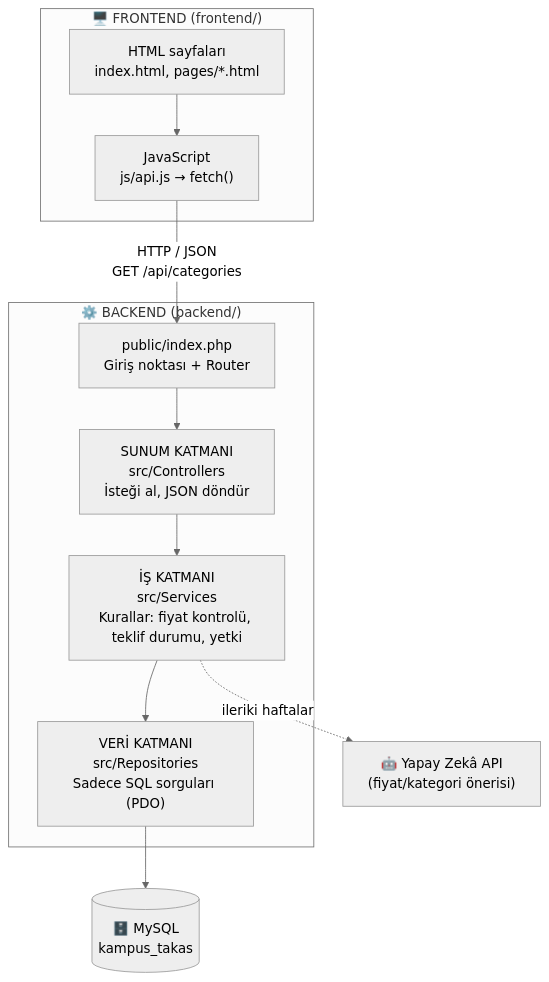
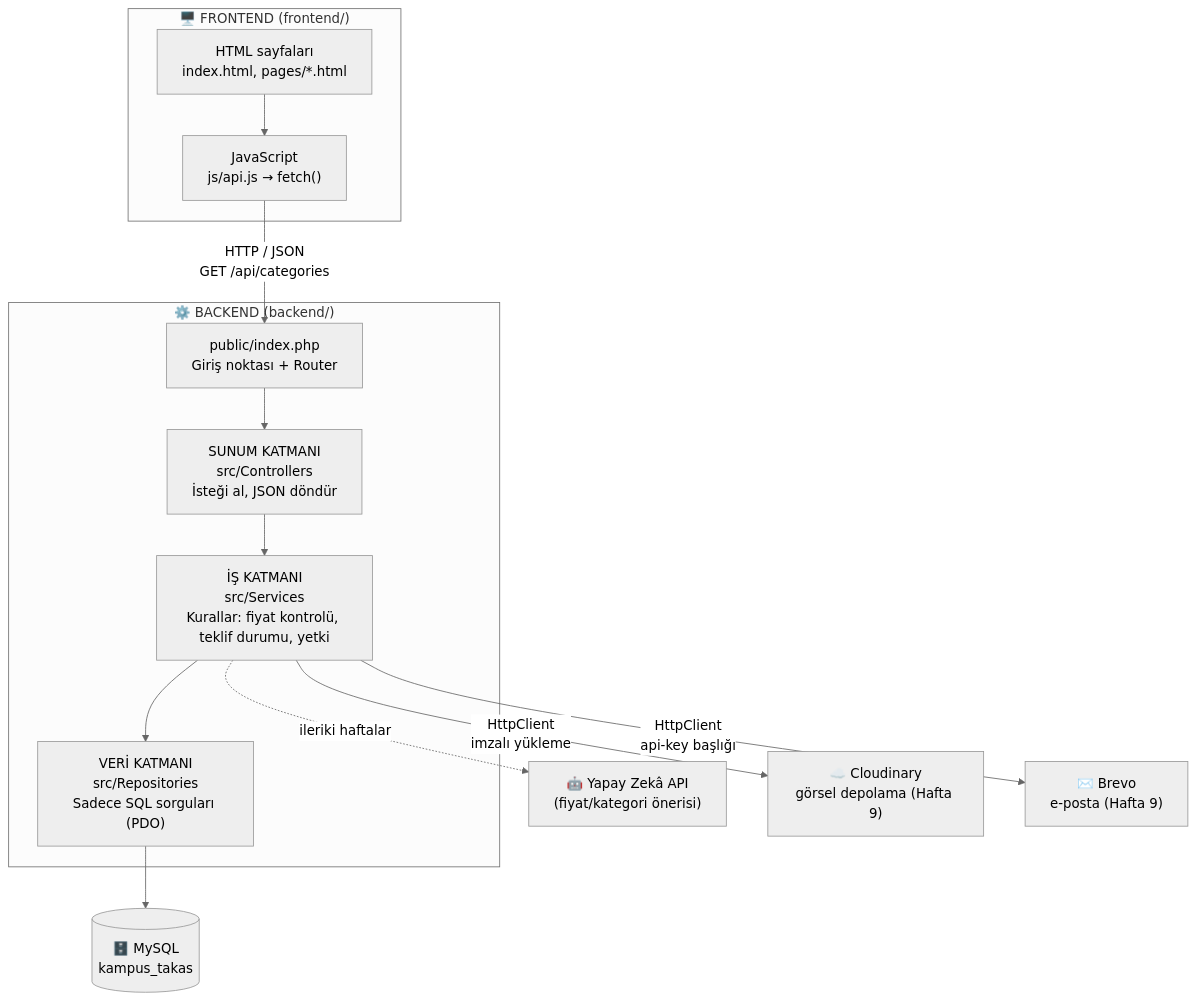
One commit to pelinkabadayi-21/kampus-takas-web- changed the diagram in docs/mimari.md. Above: the diagram before and after it, drawn with Mermaid (neutral theme). The commit also changed other lines of this file and 6 other files, not shown here.

First line of the commit message:
Hafta 9 [docs]: hafta 9 raporu, README, güvenlik notu, mimari/ER ve haftalık rapor/AI günlüğü

````diff
--- a/docs/mimari.md
+++ b/docs/mimari.md
@@ -5,23 +5,27 @@
 ```mermaid
 flowchart TB
     subgraph FE["🖥️ FRONTEND  (frontend/)"]
         HTML["HTML sayfaları<br/>index.html, pages/*.html"]
         JS["JavaScript<br/>js/api.js → fetch()"]
         HTML --> JS
     end
 
     subgraph BE["⚙️ BACKEND  (backend/)"]
         IDX["public/index.php<br/>Giriş noktası + Router"]
         C["SUNUM KATMANI<br/>src/Controllers<br/>İsteği al, JSON döndür"]
         S["İŞ KATMANI<br/>src/Services<br/>Kurallar: fiyat kontrolü, teklif durumu, yetki"]
         R["VERİ KATMANI<br/>src/Repositories<br/>Sadece SQL sorguları (PDO)"]
         IDX --> C --> S --> R
     end
 
     DB[("🗄️ MySQL<br/>kampus_takas")]
     AI["🤖 Yapay Zekâ API<br/>(fiyat/kategori önerisi)"]
+    CLD["☁️ Cloudinary<br/>görsel depolama (Hafta 9)"]
+    BRV["✉️ Brevo<br/>e-posta (Hafta 9)"]
 
     JS -- "HTTP / JSON<br/>GET /api/categories" --> IDX
     R --> DB
     S -. "ileriki haftalar" .-> AI
+    S -- "HttpClient<br/>imzalı yükleme" --> CLD
+    S -- "HttpClient<br/>api-key başlığı" --> BRV
 ```
````
